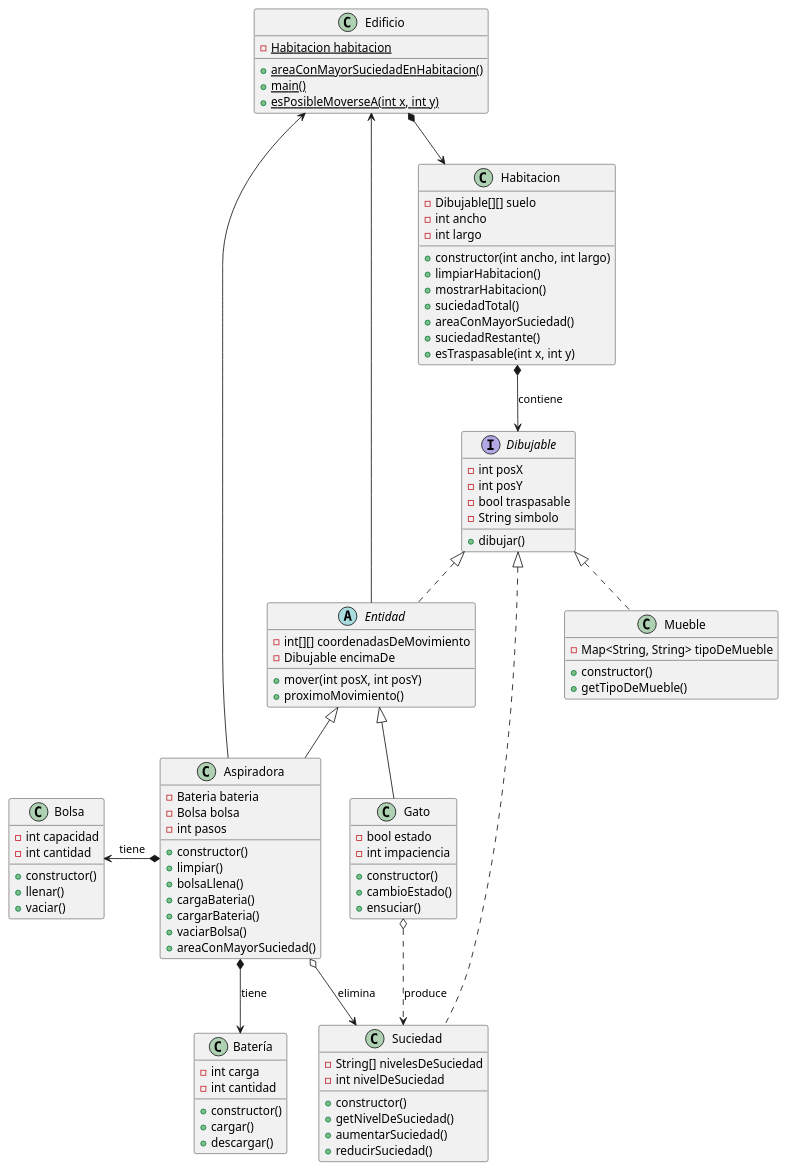
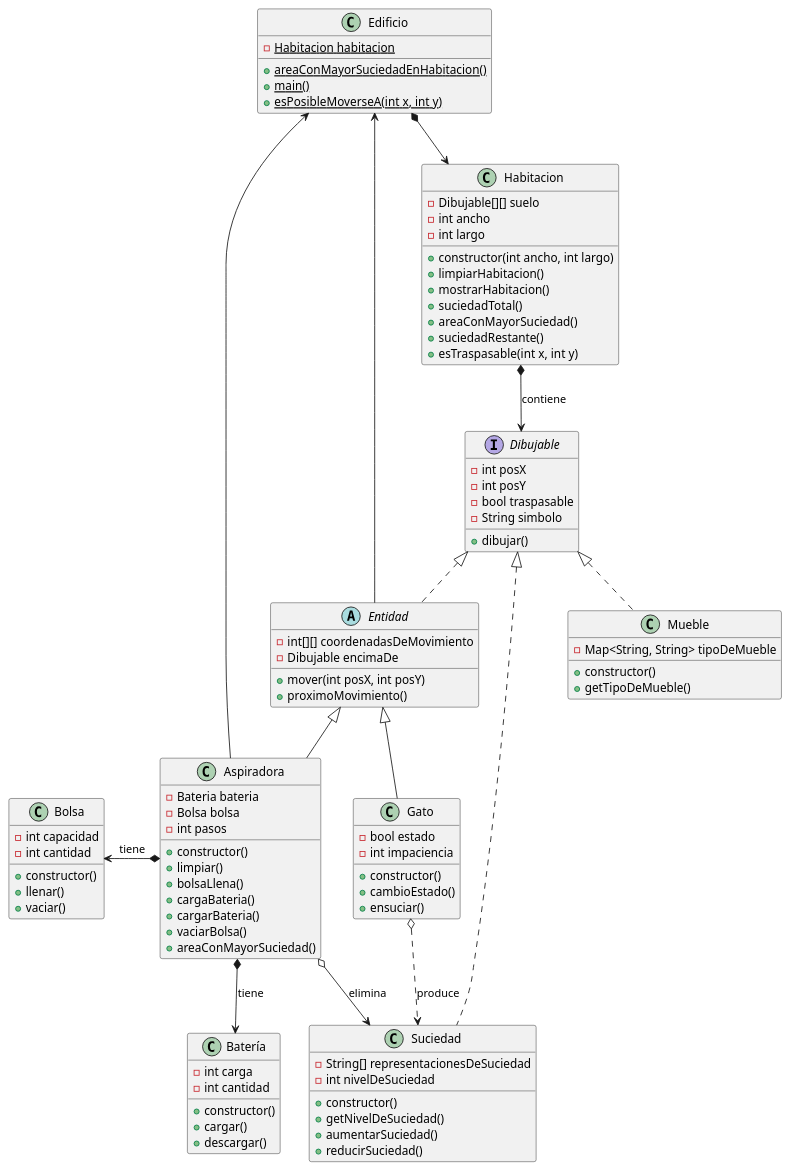
The diagram in docs/diagramaDeClases.plantuml (mmasias/idsw2), drawn with PlantUML before and after one commit. The commit also changed 2 other files, not shown here.

Commit message:
Creación de las clases Edificio y Habitación, modificaciones en diagrama de clases

```diff
--- a/docs/diagramaDeClases.plantuml
+++ b/docs/diagramaDeClases.plantuml
@@ -1,103 +1,103 @@
 @startuml
 scale 1
 class Edificio
 {
     - {static} Habitacion habitacion
     + {static} areaConMayorSuciedadEnHabitacion()
     + {static} main()
     + {static} esPosibleMoverseA(int x, int y)
 }
 class Habitacion
 {
     - Dibujable[][] suelo
     - int ancho
     - int largo
     + constructor(int ancho, int largo)
     + limpiarHabitacion()
     + mostrarHabitacion()
     + suciedadTotal()
     + areaConMayorSuciedad()
     + suciedadRestante()
     + esTraspasable(int x, int y)
 }
 
 interface Dibujable{
     - int posX
     - int posY
     - bool traspasable
     - String simbolo
     + dibujar()
     
 }
 
 abstract class Entidad implements Dibujable {
     - int[][] coordenadasDeMovimiento
     - Dibujable encimaDe
     + mover(int posX, int posY)
     + proximoMovimiento()
 }
 class Aspiradora extends Entidad{
     - Bateria bateria
     - Bolsa bolsa
     - int pasos
     + constructor()
     + limpiar()
     + bolsaLlena()
     + cargaBateria()
     + cargarBateria()
     + vaciarBolsa()
     + areaConMayorSuciedad()
 }
 
 class Gato extends Entidad{
     - bool estado
     - int impaciencia
     + constructor()
     + cambioEstado()
     + ensuciar()
 }
 class Mueble implements Dibujable{
     - Map<String, String> tipoDeMueble
     + constructor()
     + getTipoDeMueble()
 }
 
 class Suciedad implements Dibujable{
-    - String[] nivelesDeSuciedad
+    - String[] representacionesDeSuciedad
     - int nivelDeSuciedad
     + constructor()
     + getNivelDeSuciedad()
     + aumentarSuciedad()
     + reducirSuciedad()
 }
 
 class Batería{
     - int carga
     - int cantidad
     + constructor()
     + cargar()
     + descargar()
 }
 
 class Bolsa{
     - int capacidad
     - int cantidad
     + constructor()
     + llenar()
     + vaciar()
 }
 
 
 Edificio *--> Habitacion
 
 Habitacion *--> Dibujable : contiene
 
 Aspiradora o--> Suciedad : elimina
 Aspiradora *-l-> Bolsa : tiene
 Aspiradora *-d-> Batería : tiene
 Aspiradora -u-> Edificio
 Entidad -u-> Edificio
 
 Gato o..> Suciedad : produce
 
 @enduml
```
